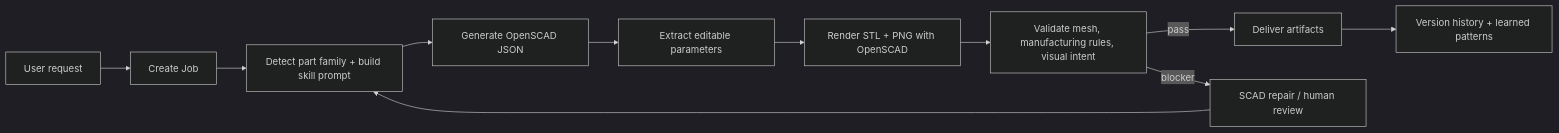
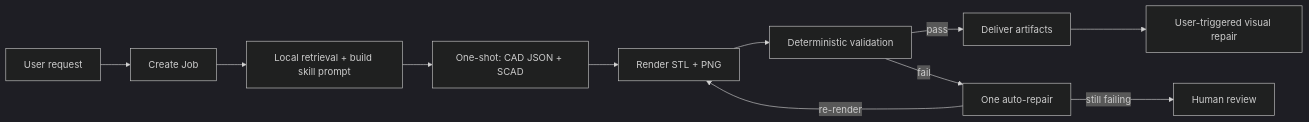
The diagram in docs/ARCHITECTURE.md (Kevoyuan/agentscad), drawn with Mermaid (dark theme) before and after one commit. The commit also changed other lines of this file and 2 other files, not shown here.

First line of the commit message:
docs: update architecture, skills, and CLAUDE.md for v2.0 pipeline

````diff
--- a/docs/ARCHITECTURE.md
+++ b/docs/ARCHITECTURE.md
@@ -24,13 +28,13 @@
 ```mermaid
 flowchart LR
   A["User request"] --> B["Create Job"]
-  B --> C["Detect part family + build skill prompt"]
-  C --> D["Generate OpenSCAD JSON"]
-  D --> E["Extract editable parameters"]
-  E --> F["Render STL + PNG with OpenSCAD"]
-  F --> G["Validate mesh, manufacturing rules, visual intent"]
-  G -->|pass| H["Deliver artifacts"]
-  G -->|blocker| I["SCAD repair / human review"]
-  I --> C
-  H --> J["Version history + learned patterns"]
+  B --> C["Local retrieval + build skill prompt"]
+  C --> D["One-shot: CAD JSON + SCAD"]
+  D --> E["Render STL + PNG"]
+  E --> F["Deterministic validation"]
+  F -->|pass| G["Deliver artifacts"]
+  F -->|fail| H["One auto-repair"]
+  H -->|re-render| E
+  H -->|still failing| I["Human review"]
+  G --> J["User-triggered visual repair"]
 ```
````
